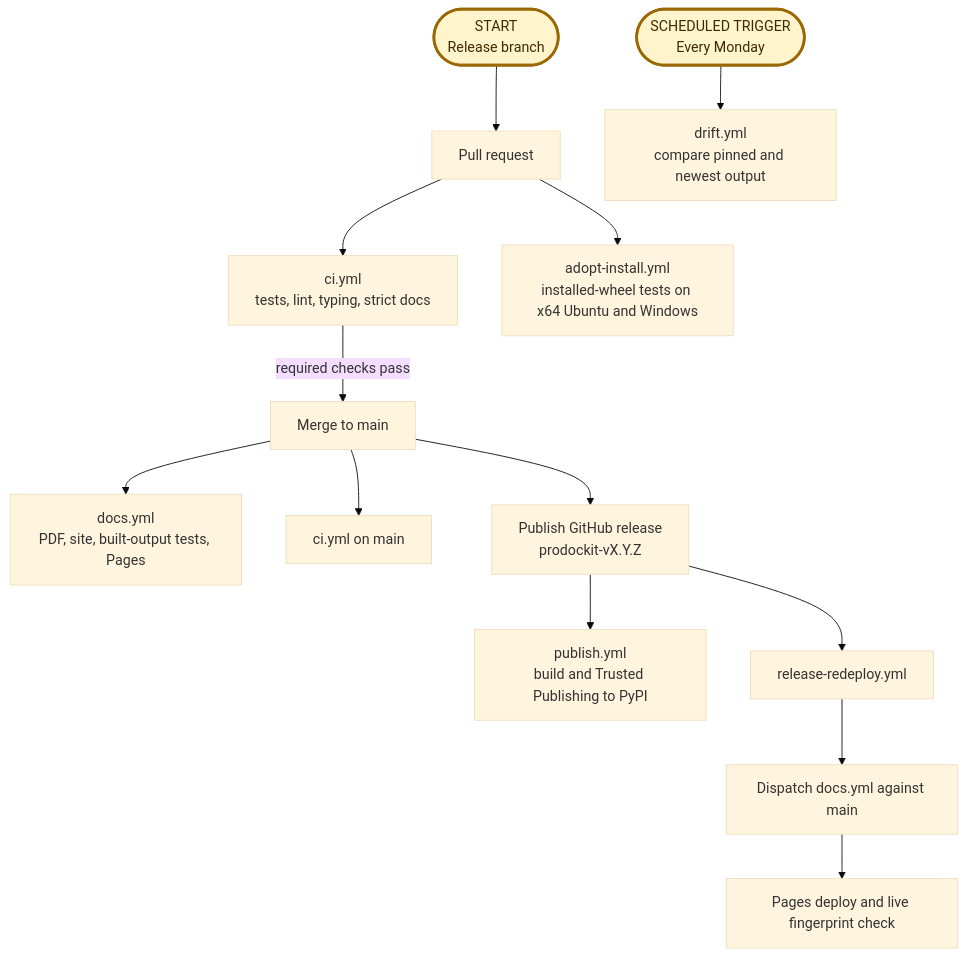
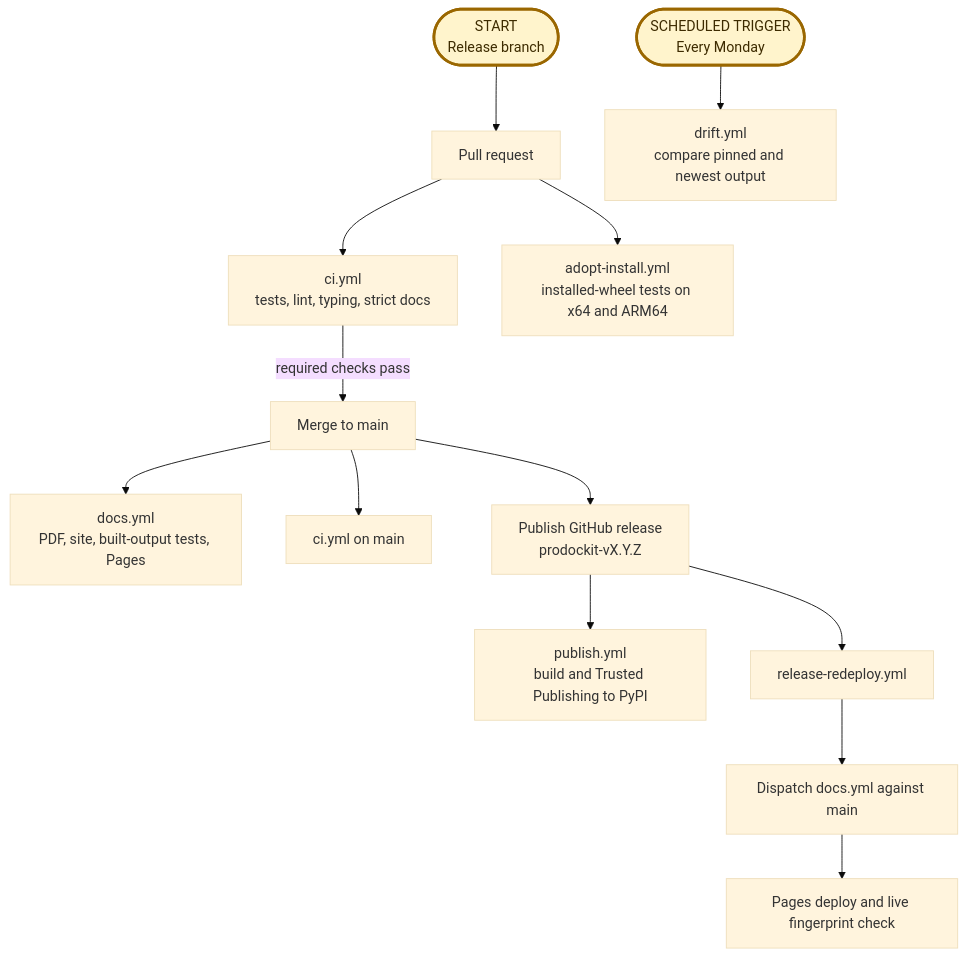
The diagram in docs/devcons/releasing.md (buckwem/prodockit-extensions), drawn with Mermaid (base theme) before and after one commit. The commit also changed other lines of this file and 8 other files, not shown here.

````diff
--- a/docs/devcons/releasing.md
+++ b/docs/devcons/releasing.md
@@ -23,17 +23,17 @@
 ```mermaid
 flowchart TD
     branch([START<br>Release branch]):::entry --> pr[Pull request]
     pr --> ci[ci.yml<br>tests, lint, typing, strict docs]
-    pr --> adopt[adopt-install.yml<br>installed-wheel tests on x64 Ubuntu and Windows]
+    pr --> adopt[adopt-install.yml<br>installed-wheel tests on x64 and ARM64]
     ci -->|required checks pass| merge[Merge to main]
     merge --> docs[docs.yml<br>PDF, site, built-output tests, Pages]
     merge --> mainci[ci.yml on main]
     merge --> release[Publish GitHub release<br>prodockit-vX.Y.Z]
     release --> pypi[publish.yml<br>build and Trusted Publishing to PyPI]
     release --> redeploy[release-redeploy.yml]
     redeploy --> dispatch[Dispatch docs.yml against main]
     dispatch --> live[Pages deploy and live fingerprint check]
     schedule([SCHEDULED TRIGGER<br>Every Monday]):::entry --> drift[drift.yml<br>compare pinned and newest output]
 
     classDef entry fill:#fff4cc,stroke:#9a6700,stroke-width:3px,color:#3d2b00
 ```
````
